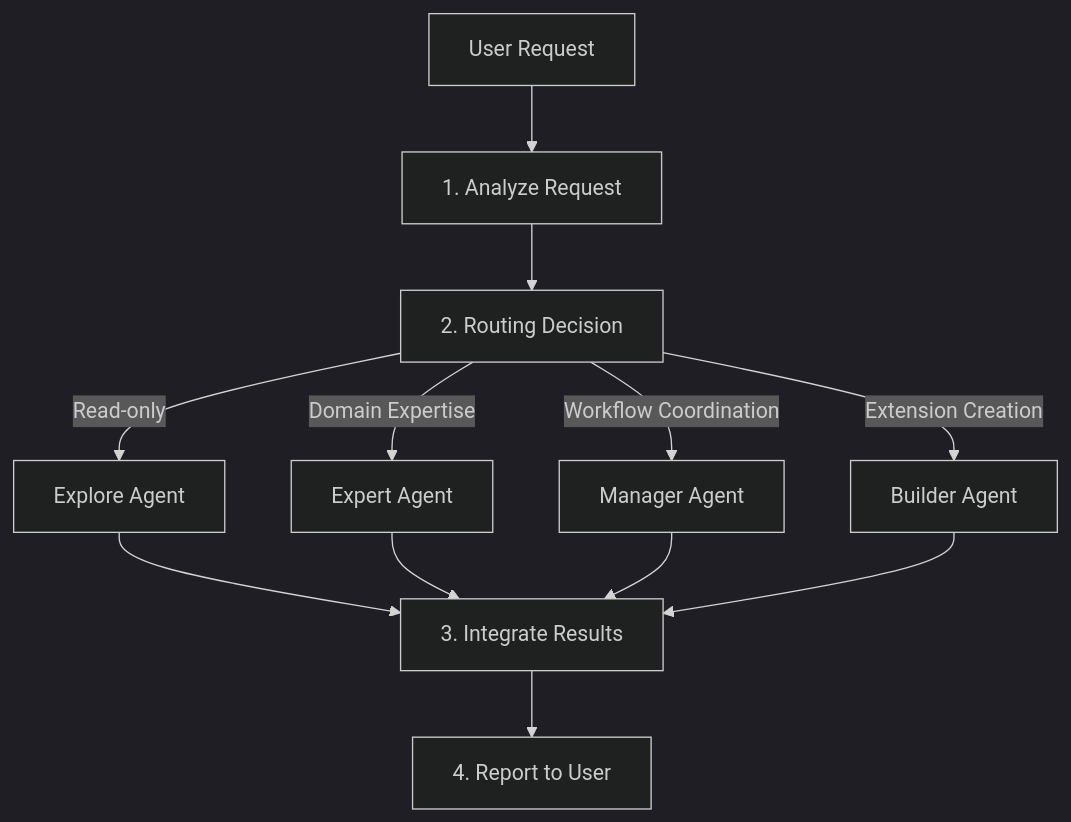
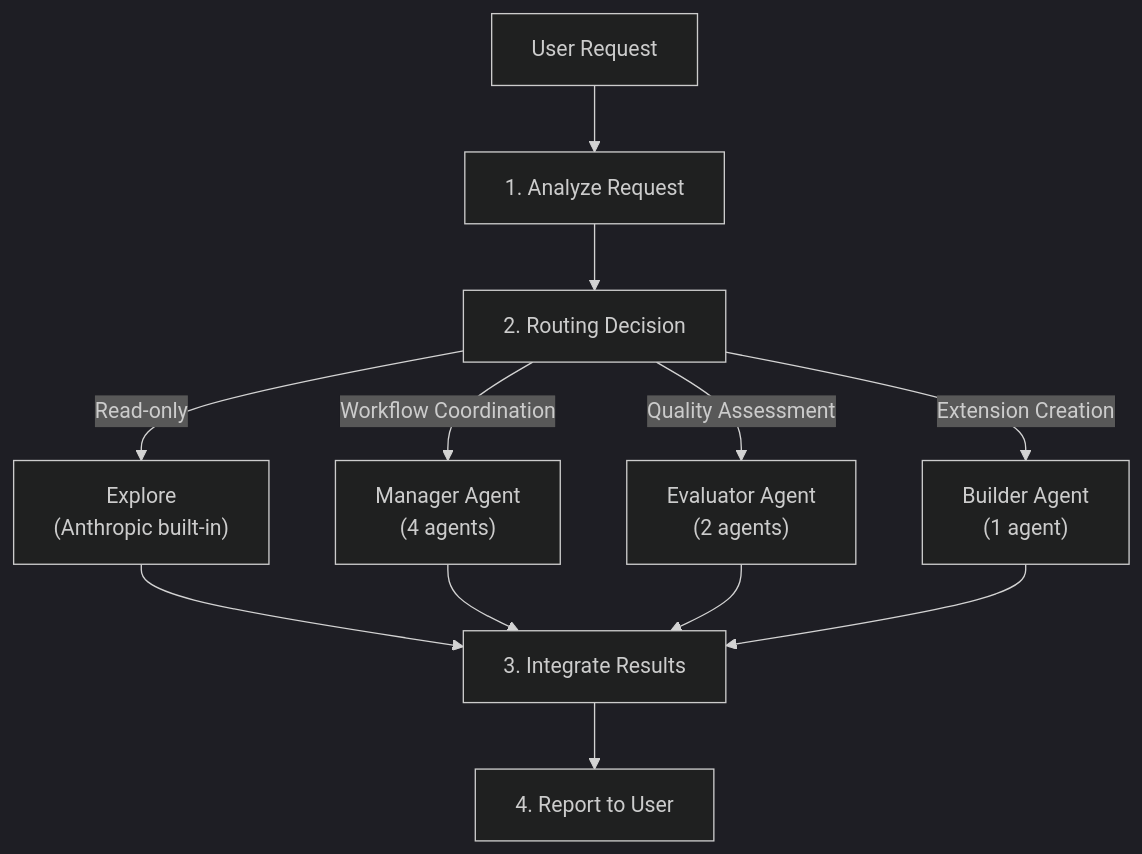
The first of 4 diagrams in docs-site/content/en/advanced/agent-guide.md (modu-ai/moai-adk), drawn with Mermaid (dark theme) before and after one commit. The commit also changed other lines of this file and 153 other files, not shown here.

````diff
--- a/docs-site/content/en/advanced/agent-guide.md
+++ b/docs-site/content/en/advanced/agent-guide.md
@@ -36,17 +37,17 @@
 ```mermaid
 flowchart TD
     USER[User Request] --> ANALYZE[1. Analyze Request]
     ANALYZE --> ROUTE[2. Routing Decision]
 
-    ROUTE -->|Read-only| EXPLORE["Explore Agent"]
-    ROUTE -->|Domain Expertise| EXPERT["Expert Agent"]
-    ROUTE -->|Workflow Coordination| MANAGER["Manager Agent"]
-    ROUTE -->|Extension Creation| BUILDER["Builder Agent"]
+    ROUTE -->|Read-only| EXPLORE["Explore<br/>(Anthropic built-in)"]
+    ROUTE -->|Workflow Coordination| MANAGER["Manager Agent<br/>(4 agents)"]
+    ROUTE -->|Quality Assessment| EVAL["Evaluator Agent<br/>(2 agents)"]
+    ROUTE -->|Extension Creation| BUILDER["Builder Agent<br/>(1 agent)"]
 
     EXPLORE --> RESULT[3. Integrate Results]
-    EXPERT --> RESULT
     MANAGER --> RESULT
+    EVAL --> RESULT
     BUILDER --> RESULT
 
     RESULT --> REPORT["4. Report to User"]
 ```
````
